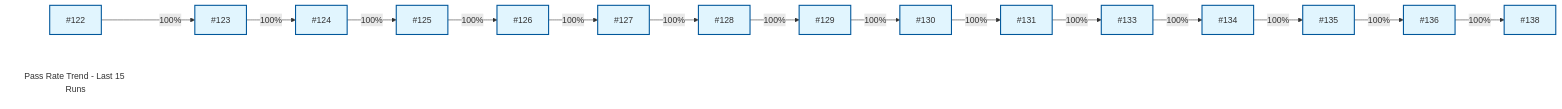
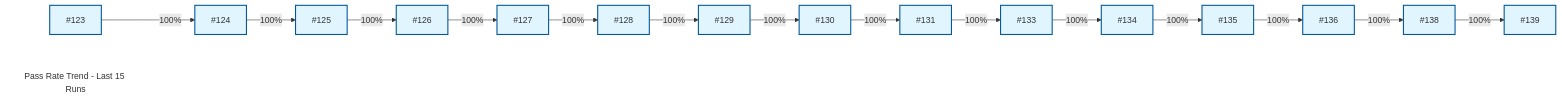
Before and after one commit to karimarie67/QA-boost: the diagram in dashboards/qa-metrics.md, drawn with Mermaid. The commit also changed other lines of this file and 2 other files, not shown here.

````diff
--- a/dashboards/qa-metrics.md
+++ b/dashboards/qa-metrics.md
@@ -23,35 +23,35 @@
 ```mermaid
 graph LR
     title[Pass Rate Trend - Last 15 Runs]
     style title fill:#fff,stroke:#fff
-    0[#122]:::bar
+    0[#123]:::bar
     0 -- 100% --> 1
-    1[#123]:::bar
+    1[#124]:::bar
     1 -- 100% --> 2
-    2[#124]:::bar
+    2[#125]:::bar
     2 -- 100% --> 3
-    3[#125]:::bar
+    3[#126]:::bar
     3 -- 100% --> 4
-    4[#126]:::bar
+    4[#127]:::bar
     4 -- 100% --> 5
-    5[#127]:::bar
+    5[#128]:::bar
     5 -- 100% --> 6
-    6[#128]:::bar
+    6[#129]:::bar
     6 -- 100% --> 7
-    7[#129]:::bar
+    7[#130]:::bar
     7 -- 100% --> 8
-    8[#130]:::bar
+    8[#131]:::bar
     8 -- 100% --> 9
-    9[#131]:::bar
+    9[#133]:::bar
     9 -- 100% --> 10
-    10[#133]:::bar
+    10[#134]:::bar
     10 -- 100% --> 11
-    11[#134]:::bar
+    11[#135]:::bar
     11 -- 100% --> 12
-    12[#135]:::bar
+    12[#136]:::bar
     12 -- 100% --> 13
-    13[#136]:::bar
+    13[#138]:::bar
     13 -- 100% --> 14
-    14[#138]:::bar
+    14[#139]:::bar
     classDef bar fill:#e1f5fe,stroke:#01579b,stroke-width:2px;
 ```
````
